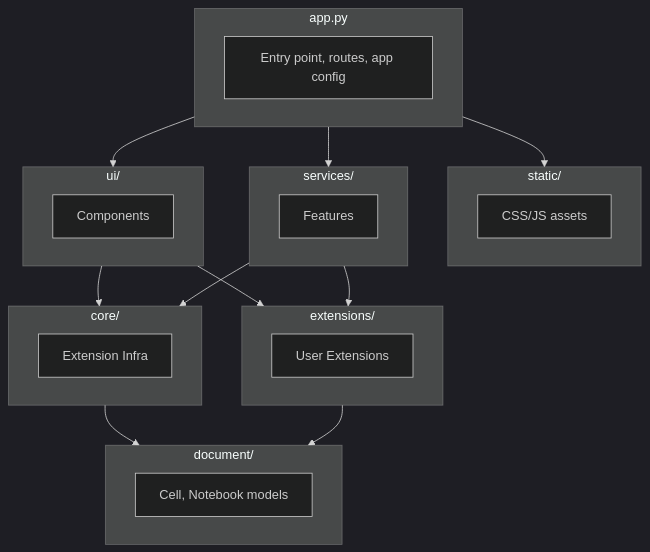
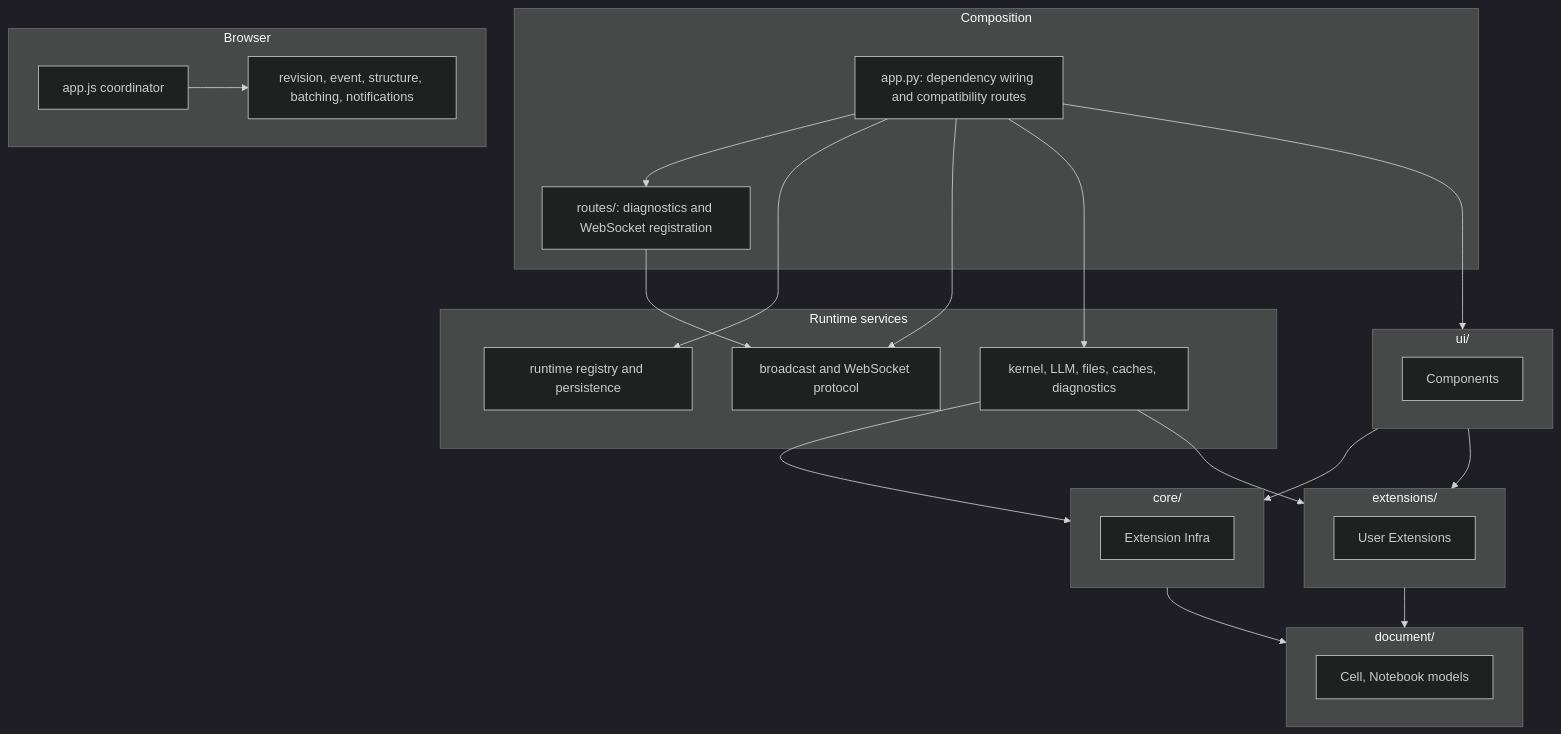
One commit to sgaseretto/solveish changed the first of 2 diagrams in docs/how_it_works/07_code_organization.md. Above: the diagram before and after it, drawn with Mermaid (dark theme). The commit also changed other lines of this file and 109 other files, not shown here.

````diff
--- a/docs/how_it_works/07_code_organization.md
+++ b/docs/how_it_works/07_code_organization.md
@@ -9,40 +13,48 @@
 ```mermaid
 flowchart TB
-    subgraph APP["app.py"]
-        ENTRY["Entry point, routes, app config"]
+    subgraph APP["Composition"]
+        ENTRY["app.py: dependency wiring and compatibility routes"]
+        ROUTES["routes/: diagnostics and WebSocket registration"]
     end
 
-    subgraph ASSETS["static/"]
-        CSS["CSS/JS assets"]
+    subgraph ASSETS["Browser"]
+        COORD["app.js coordinator"]
+        CLIENT["revision, event, structure, batching, notifications"]
     end
 
     subgraph UI["ui/"]
         COMP["Components"]
     end
 
-    subgraph SVC["services/"]
-        FEAT["Features"]
+    subgraph SVC["Runtime services"]
+        REG["runtime registry and persistence"]
+        TRANSPORT["broadcast and WebSocket protocol"]
+        FEAT["kernel, LLM, files, caches, diagnostics"]
     end
 
     subgraph CORE["core/"]
         EXT_INFRA["Extension Infra"]
     end
 
     subgraph EXT["extensions/"]
         USER_EXT["User Extensions"]
     end
 
     subgraph DOC["document/"]
         MODELS["Cell, Notebook models"]
     end
 
-    APP --> ASSETS
-    APP --> UI
-    APP --> SVC
+    ENTRY --> ROUTES
+    ENTRY --> UI
+    ENTRY --> REG
+    ENTRY --> TRANSPORT
+    ENTRY --> FEAT
+    ROUTES --> TRANSPORT
+    COORD --> CLIENT
     UI --> CORE
     UI --> EXT
-    SVC --> CORE
-    SVC --> EXT
+    FEAT --> CORE
+    FEAT --> EXT
     CORE --> DOC
     EXT --> DOC
 ```
````
